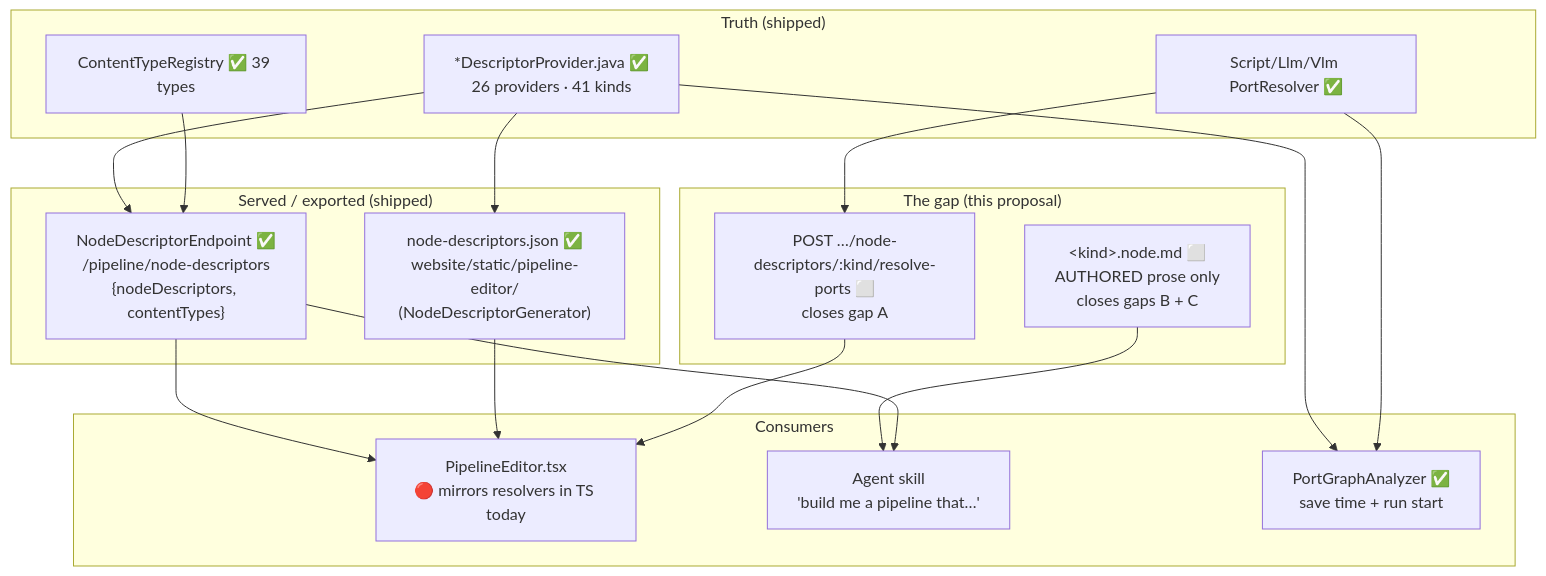
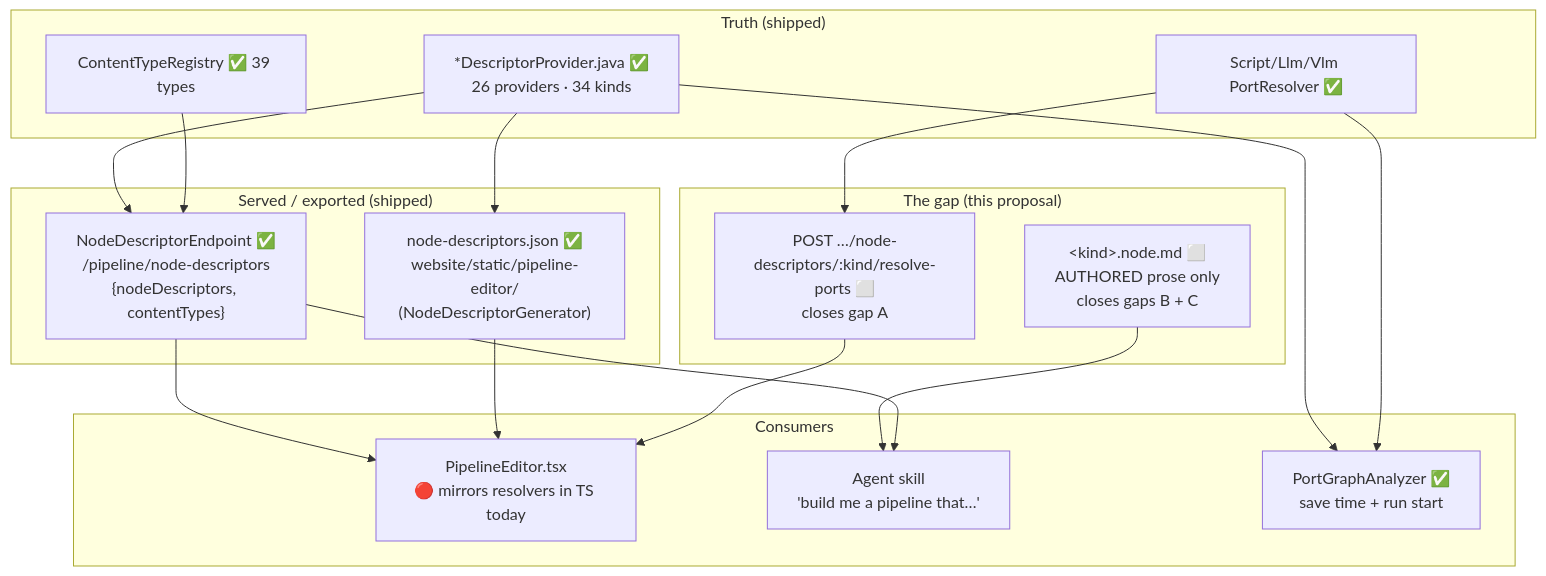
One commit to metaloom/metaloom changed the diagram in spec/features/pipeline/NODE_SCHEMA_CONCEPT.md. Above: the diagram before and after it, drawn with Mermaid. The commit also changed other lines of this file and 278 other files, not shown here.

````diff
--- a/spec/features/pipeline/NODE_SCHEMA_CONCEPT.md
+++ b/spec/features/pipeline/NODE_SCHEMA_CONCEPT.md
@@ -63,29 +63,29 @@
 ```mermaid
 graph TB
     subgraph truth["Truth (shipped)"]
-        DP["*DescriptorProvider.java ✅<br/>26 providers · 41 kinds"]
+        DP["*DescriptorProvider.java ✅<br/>26 providers · 34 kinds"]
         RES["Script/Llm/Vlm PortResolver ✅"]
         CTR["ContentTypeRegistry ✅ 39 types"]
     end
     subgraph served["Served / exported (shipped)"]
         EP["NodeDescriptorEndpoint ✅<br/>/pipeline/node-descriptors<br/>{nodeDescriptors, contentTypes}"]
         SNAP["node-descriptors.json ✅<br/>website/static/pipeline-editor/<br/>(NodeDescriptorGenerator)"]
     end
     subgraph gap["The gap (this proposal)"]
         RP["POST …/node-descriptors/:kind/resolve-ports ⬜<br/>closes gap A"]
         CARD["&lt;kind&gt;.node.md ⬜<br/>AUTHORED prose only<br/>closes gaps B + C"]
     end
     subgraph cons["Consumers"]
         UI["PipelineEditor.tsx<br/>🔴 mirrors resolvers in TS today"]
         AG["Agent skill<br/>'build me a pipeline that…'"]
         VAL["PortGraphAnalyzer ✅<br/>save time + run start"]
     end
     DP --> EP --> UI
     DP --> SNAP --> UI
     RES --> RP --> UI
     CTR --> EP
     DP --> VAL
     RES --> VAL
     CARD --> AG
     EP --> AG
 ```
````
